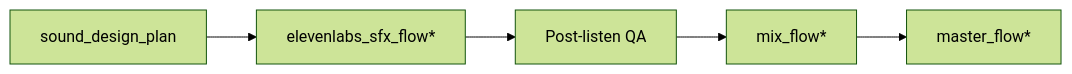
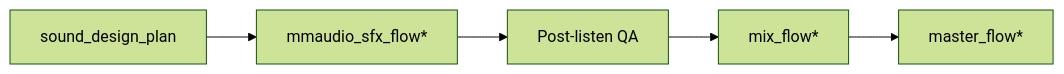
One commit to NicketUttarwar/interview_helper_mux changed the diagram in docs/cross-cutting/post-generation-placement.md. Above: the diagram before and after it, drawn with Mermaid (forest theme). The commit also changed other lines of this file and 253 other files, not shown here.

````diff
--- a/docs/cross-cutting/post-generation-placement.md
+++ b/docs/cross-cutting/post-generation-placement.md
@@ -11,7 +11,7 @@
 ```mermaid
 flowchart LR
-    SDP[sound_design_plan] --> GEN[elevenlabs_sfx_flow*]
+    SDP[sound_design_plan] --> GEN[mmaudio_sfx_flow*]
     GEN --> QA[Post-listen QA]
     QA --> MIX[mix_flow*]
     MIX --> MASTER[master_flow*]
 ```
````
